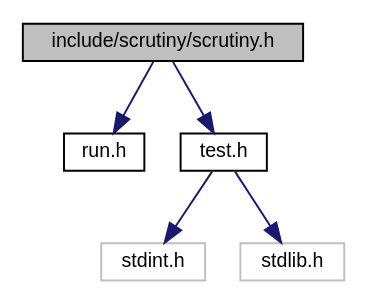
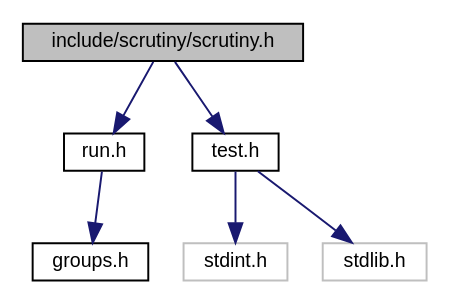
The diagram in docs/scrutiny_8h__incl.dot (nickeldan/scrutiny), drawn with Graphviz before and after one commit. The commit also changed 31 other files, not shown here.

Commit message:
split the runner, group, and test logic into separate files

```diff
--- a/docs/scrutiny_8h__incl.dot
+++ b/docs/scrutiny_8h__incl.dot
@@ -1,15 +1,17 @@
 digraph "include/scrutiny/scrutiny.h"
 {
  // LATEX_PDF_SIZE
   edge [fontname="Helvetica",fontsize="10",labelfontname="Helvetica",labelfontsize="10"];
   node [fontname="Helvetica",fontsize="10",shape=record];
   Node1 [label="include/scrutiny/scrutiny.h",height=0.2,width=0.4,color="black", fillcolor="grey75", style="filled", fontcolor="black",tooltip="Master include file."];
   Node1 -> Node2 [color="midnightblue",fontsize="10",style="solid",fontname="Helvetica"];
-  Node2 [label="run.h",height=0.2,width=0.4,color="black", fillcolor="white", style="filled",URL="$run_8h.html",tooltip="Defines the runner and group functionality."];
-  Node1 -> Node3 [color="midnightblue",fontsize="10",style="solid",fontname="Helvetica"];
-  Node3 [label="test.h",height=0.2,width=0.4,color="black", fillcolor="white", style="filled",URL="$test_8h.html",tooltip="Defines the test macros."];
-  Node3 -> Node4 [color="midnightblue",fontsize="10",style="solid",fontname="Helvetica"];
-  Node4 [label="stdint.h",height=0.2,width=0.4,color="grey75", fillcolor="white", style="filled",tooltip=" "];
-  Node3 -> Node5 [color="midnightblue",fontsize="10",style="solid",fontname="Helvetica"];
-  Node5 [label="stdlib.h",height=0.2,width=0.4,color="grey75", fillcolor="white", style="filled",tooltip=" "];
+  Node2 [label="run.h",height=0.2,width=0.4,color="black", fillcolor="white", style="filled",URL="$run_8h.html",tooltip="Defines the runner functionality."];
+  Node2 -> Node3 [color="midnightblue",fontsize="10",style="solid",fontname="Helvetica"];
+  Node3 [label="groups.h",height=0.2,width=0.4,color="black", fillcolor="white", style="filled",URL="$groups_8h_source.html",tooltip=" "];
+  Node1 -> Node4 [color="midnightblue",fontsize="10",style="solid",fontname="Helvetica"];
+  Node4 [label="test.h",height=0.2,width=0.4,color="black", fillcolor="white", style="filled",URL="$test_8h.html",tooltip="Defines the test macros."];
+  Node4 -> Node5 [color="midnightblue",fontsize="10",style="solid",fontname="Helvetica"];
+  Node5 [label="stdint.h",height=0.2,width=0.4,color="grey75", fillcolor="white", style="filled",tooltip=" "];
+  Node4 -> Node6 [color="midnightblue",fontsize="10",style="solid",fontname="Helvetica"];
+  Node6 [label="stdlib.h",height=0.2,width=0.4,color="grey75", fillcolor="white", style="filled",tooltip=" "];
 }
```
